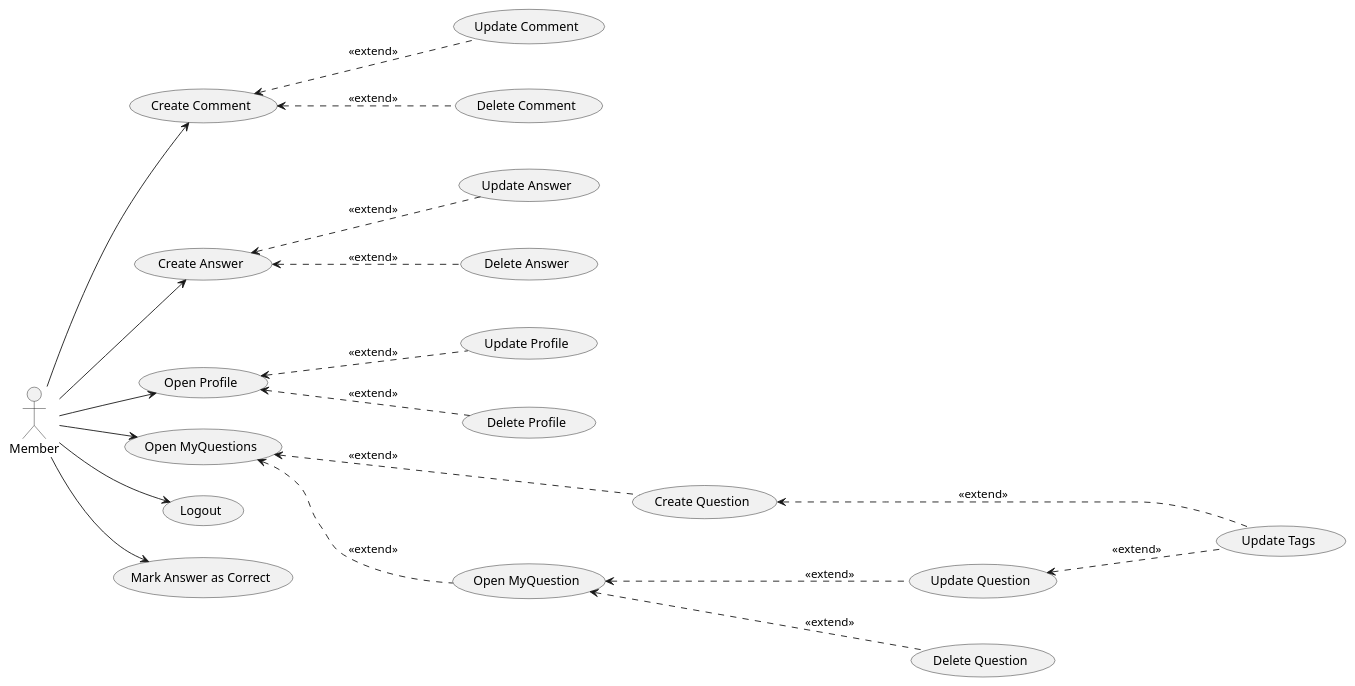
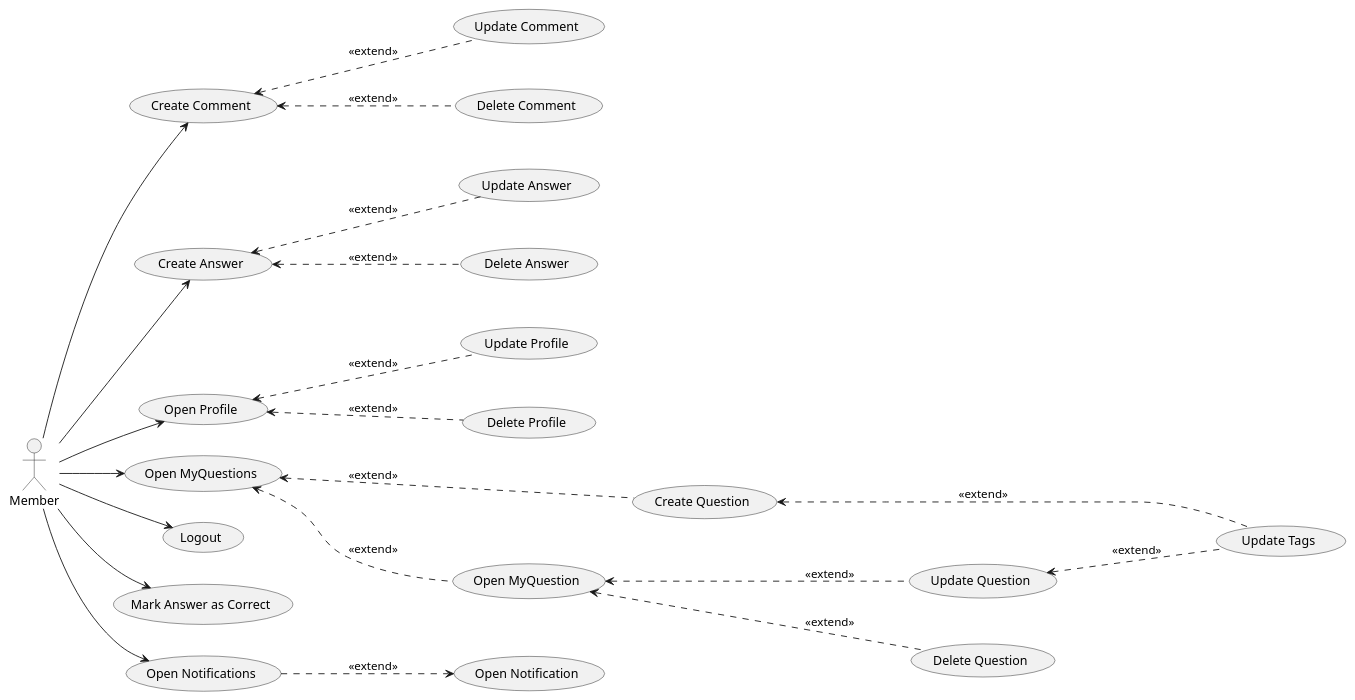
Before and after one commit to rafaelacirino/miw-backend-foro: the diagram in src/main/resources/templates/casosDeUsoMember.plantuml, drawn with PlantUML. The commit also changed 7 other files, not shown here.

Commit message:
cambios en diagramas

```diff
--- a/src/main/resources/templates/casosDeUsoMember.plantuml
+++ b/src/main/resources/templates/casosDeUsoMember.plantuml
@@ -1,55 +1,59 @@
 @startuml
 
 actor Member
 
 left to right direction
 
 (Logout) as UC2
 
 (Open Profile) as UC4
 (Update Profile) as UC5
 (Delete Profile) as UC6
 
 (Create Question) as UC8
 (Delete Question) as UC9
 (Update Question) as UC10
 (Open MyQuestion) as UC12
 (Open MyQuestions) as UC13
 
 (Create Answer) as UC14
 (Update Answer) as UC15
 (Delete Answer) as UC16
 (Mark Answer as Correct) as UC17
 
 (Create Comment) as UC18
 (Update Comment) as UC19
 (Delete Comment) as UC20
+(Open Notifications) as UC33
+(Open Notification) as UC34
 
-'añadir una nueva categoria
 (Update Tags) as UC21
 
 UC8 .-up-> UC13 : <<extend>>
 UC12 .-up-> UC13 : <<extend>>
 UC9 .-up-> UC12 : <<extend>>
 UC10 .-up-> UC12 : <<extend>>
 
 UC21 .-up-> UC8 : <<extend>>
 UC21 .-up-> UC10 : <<extend>>
 
 UC5 .-up-> UC4 : <<extend>>
 UC6 .-up-> UC4 : <<extend>>
 
 UC15 .-up-> UC14 : <<extend>>
 UC16 .-up-> UC14 : <<extend>>
 
 UC19 .-up-> UC18 : <<extend>>
 UC20 .-up-> UC18 : <<extend>>
+UC33 .-down-> UC34 : <<extend>>
+
 
 Member --> UC2
 Member --> UC4
 Member --> UC13
 Member --> UC14
 Member --> UC17
 Member --> UC18
+Member --> UC33
 
 @enduml
```
